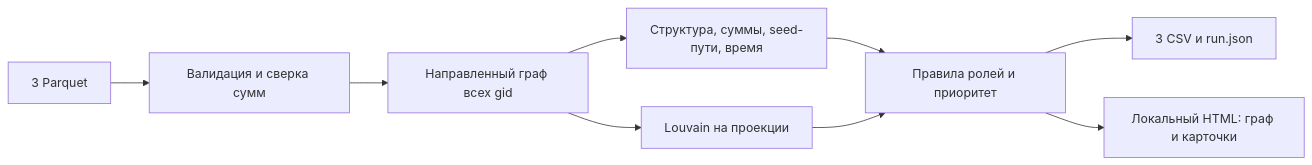
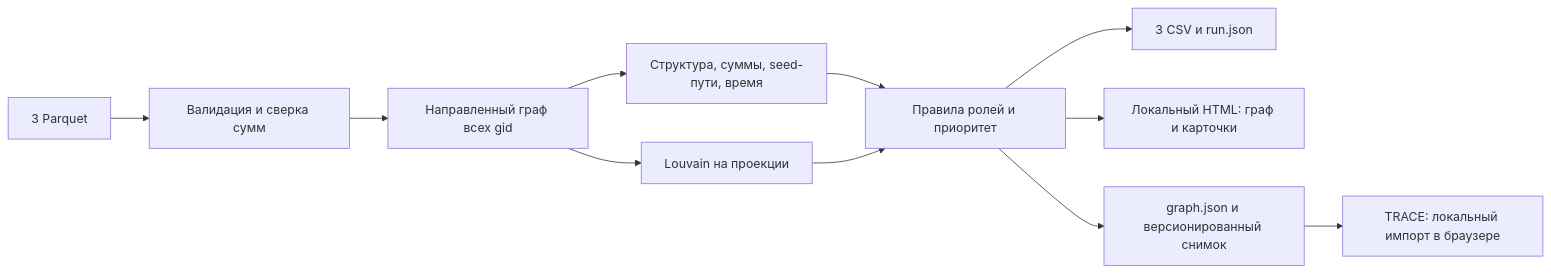
Before and after one commit to BAITC-Hacks/hack-7a019b2e-llm-solo: the diagram in README.md, drawn with Mermaid. The commit also changed other lines of this file and 19 other files, not shown here.

````diff
--- a/README.md
+++ b/README.md
@@ -99,11 +109,13 @@
 ```mermaid
 flowchart LR
     A[3 Parquet] --> B[Валидация и сверка сумм]
     B --> C[Направленный граф всех gid]
     C --> D[Структура, суммы, seed-пути, время]
     C --> E[Louvain на проекции]
     D --> F[Правила ролей и приоритет]
     E --> F
     F --> G[3 CSV и run.json]
     F --> H[Локальный HTML: граф и карточки]
+    F --> I[graph.json и версионированный снимок]
+    I --> J[TRACE: локальный импорт в браузере]
 ```
````
